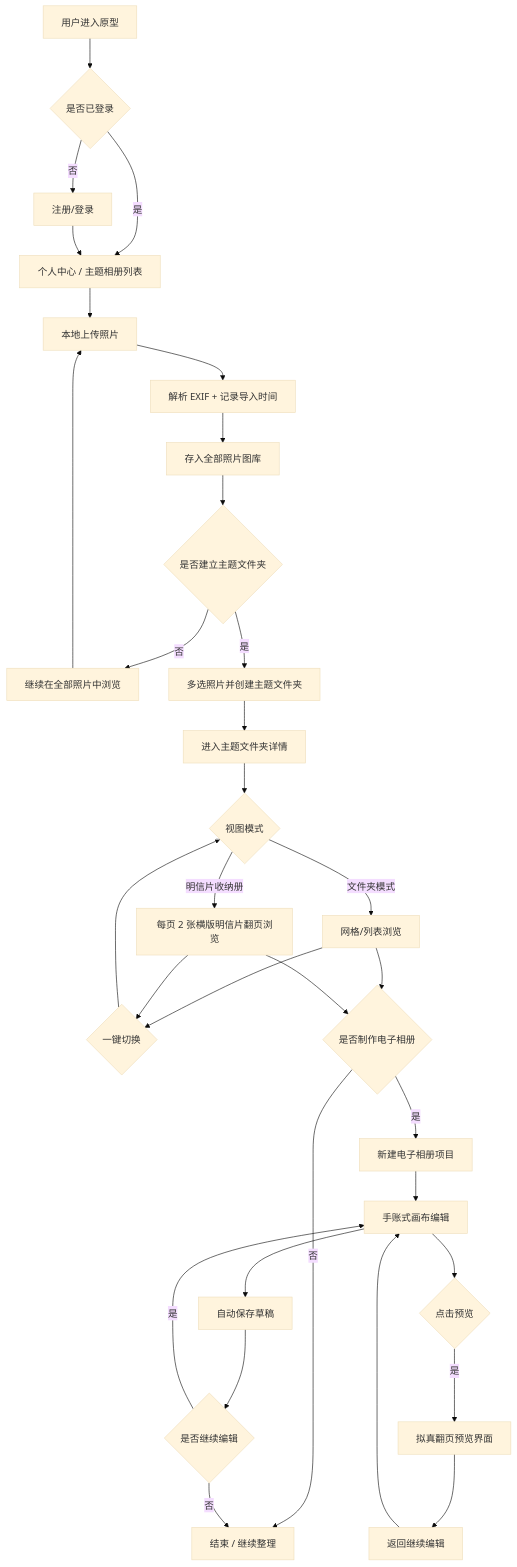
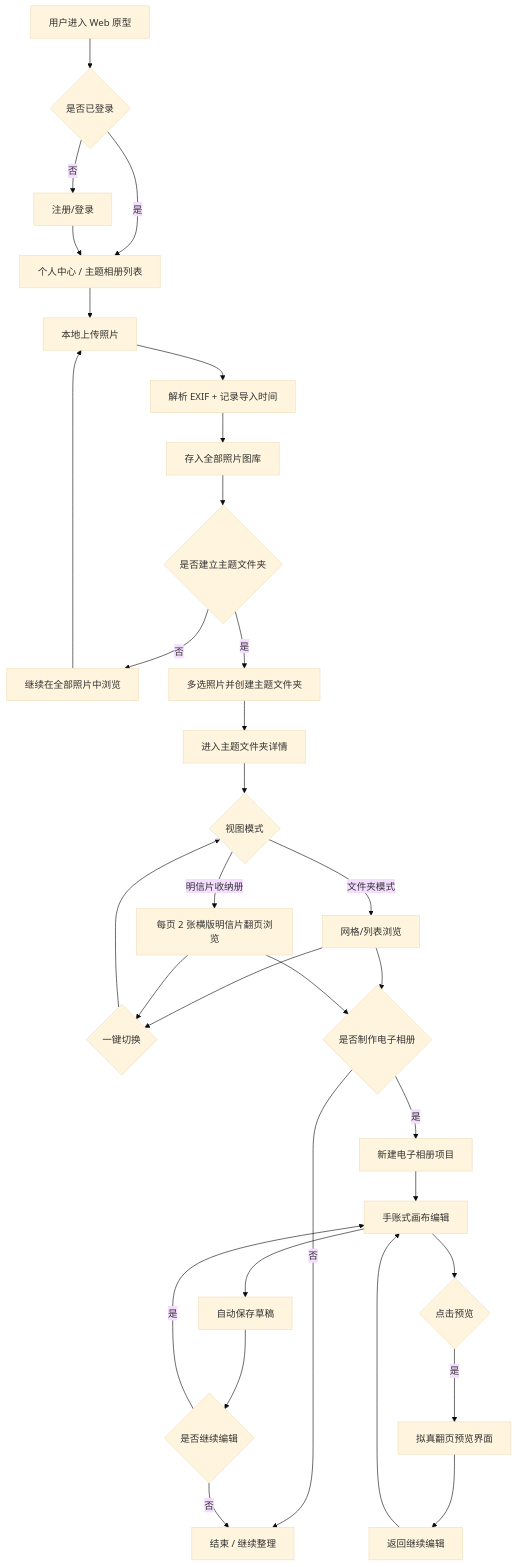
Before and after one commit to skmywwx/MLT: the first of 4 diagrams in PRD.md, drawn with Mermaid (base theme). The commit also changed other lines of this file and 1 other file, not shown here.

First line of the commit message:
docs(PRD): V2.9 本期聚焦 Web 网页端，小程序下调至 P1

````diff
--- a/PRD.md
+++ b/PRD.md
@@ -252,40 +260,40 @@
 ```mermaid
 flowchart TD
-    A[用户进入原型] --> B{是否已登录}
+    A[用户进入 Web 原型] --> B{是否已登录}
     B -->|否| C[注册/登录]
     B -->|是| D[个人中心 / 主题相册列表]
     C --> D
 
     D --> E[本地上传照片]
     E --> F[解析 EXIF + 记录导入时间]
     F --> G[存入全部照片图库]
 
     G --> H{是否建立主题文件夹}
     H -->|否| I[继续在全部照片中浏览]
     H -->|是| J[多选照片并创建主题文件夹]
 
     J --> K[进入主题文件夹详情]
     K --> L{视图模式}
     L -->|文件夹模式| M[网格/列表浏览]
     L -->|明信片收纳册| N[每页 2 张横版明信片翻页浏览]
 
     M --> O{一键切换}
     N --> O
     O --> L
 
     M --> P{是否制作电子相册}
     N --> P
     P -->|否| Q[结束 / 继续整理]
     P -->|是| R[新建电子相册项目]
 
     R --> S[手账式画布编辑]
     S --> S1{点击预览}
     S1 -->|是| S2[拟真翻页预览界面]
     S2 --> S3[返回继续编辑]
     S3 --> S
     S --> T[自动保存草稿]
     T --> V{是否继续编辑}
     V -->|是| S
     V -->|否| Q
     I --> E
 ```
````
